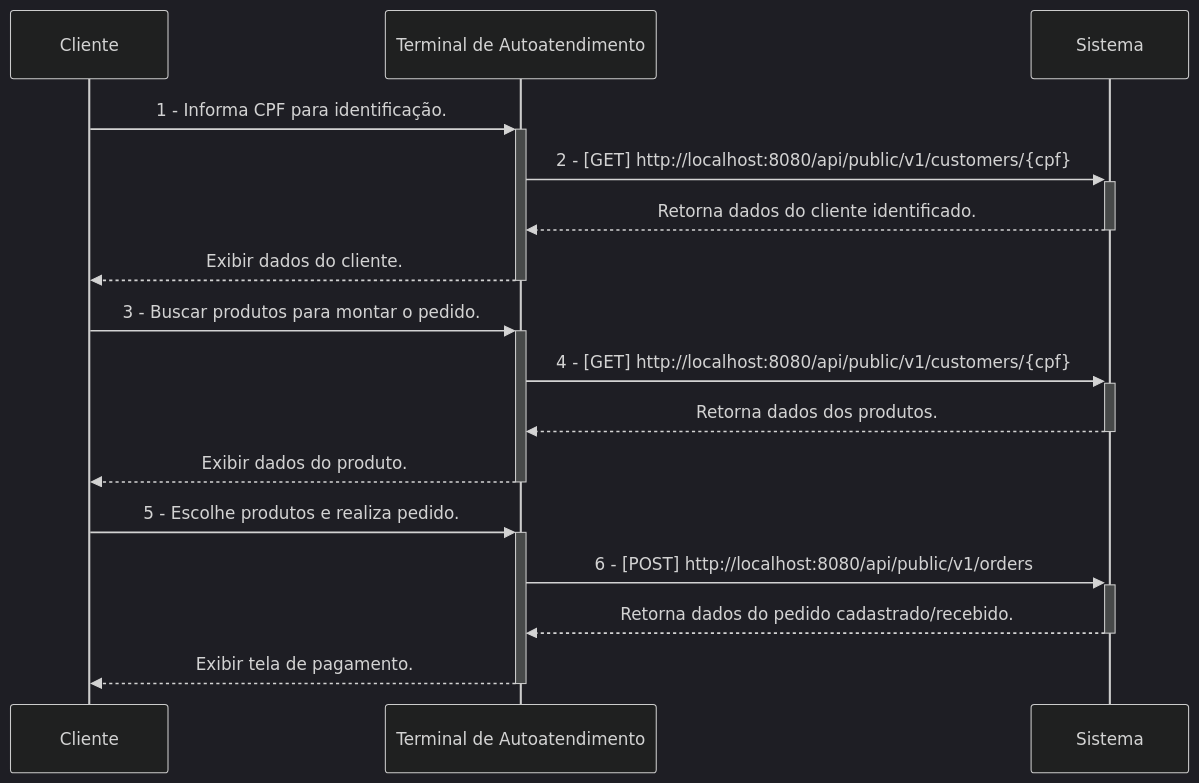
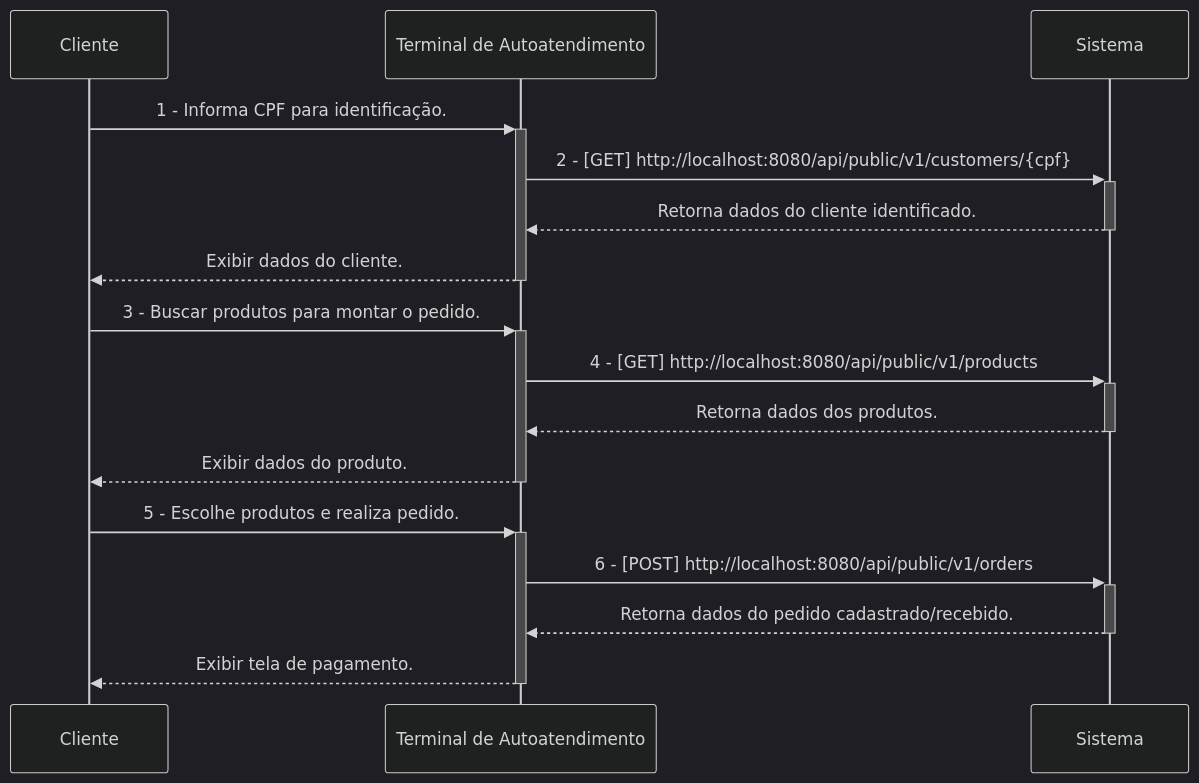
Before and after one commit to fiap-8soat-tc-one/tc-backend: the first of 4 diagrams in README.md, drawn with Mermaid (dark theme). The commit also changed other lines of this file and 1 other file, not shown here.

````diff
--- a/README.md
+++ b/README.md
@@ -95,16 +95,16 @@
 ```mermaid
 sequenceDiagram
     Cliente->>+Terminal de Autoatendimento: 1 - Informa CPF para identificação.
     Terminal de Autoatendimento->>+Sistema: 2 - [GET] http://localhost:8080/api/public/v1/customers/{cpf}
     Sistema-->>-Terminal de Autoatendimento: Retorna dados do cliente identificado.
     Terminal de Autoatendimento-->>-Cliente: Exibir dados do cliente.
     Cliente->>+Terminal de Autoatendimento: 3 - Buscar produtos para montar o pedido.
-    Terminal de Autoatendimento->>+Sistema: 4 - [GET] http://localhost:8080/api/public/v1/customers/{cpf}
+    Terminal de Autoatendimento->>+Sistema: 4 - [GET] http://localhost:8080/api/public/v1/products
     Sistema-->>-Terminal de Autoatendimento: Retorna dados dos produtos.
    Terminal de Autoatendimento-->>-Cliente: Exibir dados do produto.
 
     Cliente->>+Terminal de Autoatendimento: 5 - Escolhe produtos e realiza pedido.
     Terminal de Autoatendimento->>+Sistema: 6 - [POST] http://localhost:8080/api/public/v1/orders
     Sistema-->>-Terminal de Autoatendimento: Retorna dados do pedido cadastrado/recebido.
     Terminal de Autoatendimento-->>-Cliente: Exibir tela de pagamento.
 ```
````
